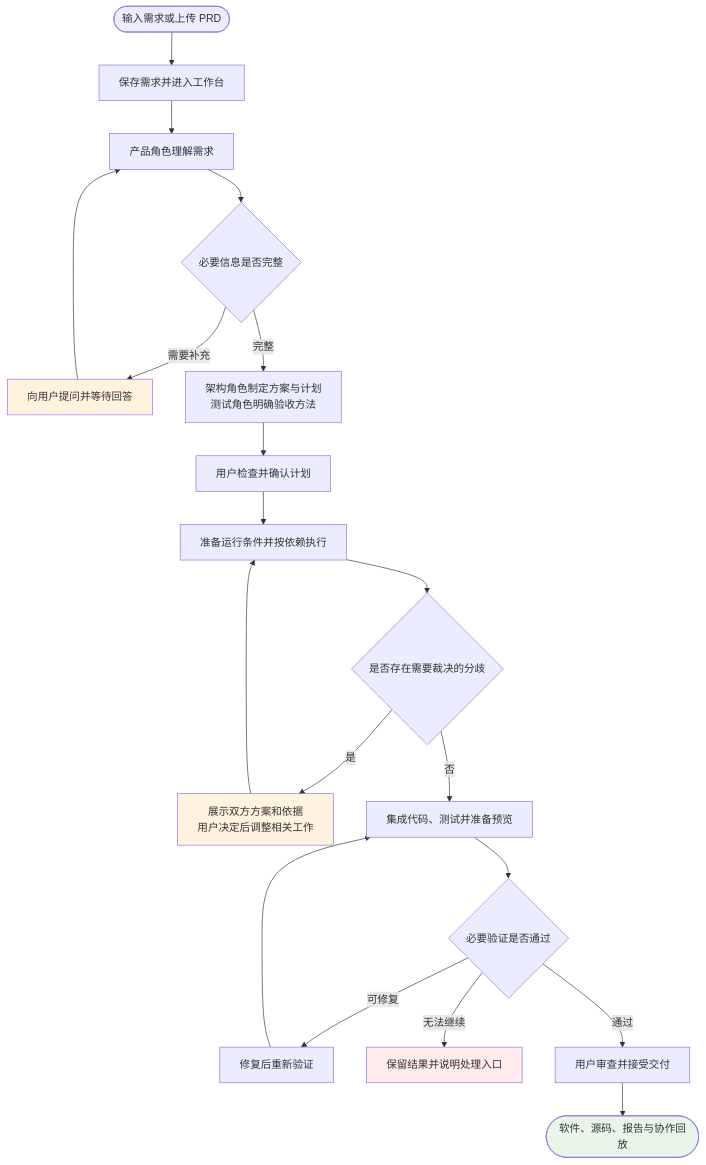
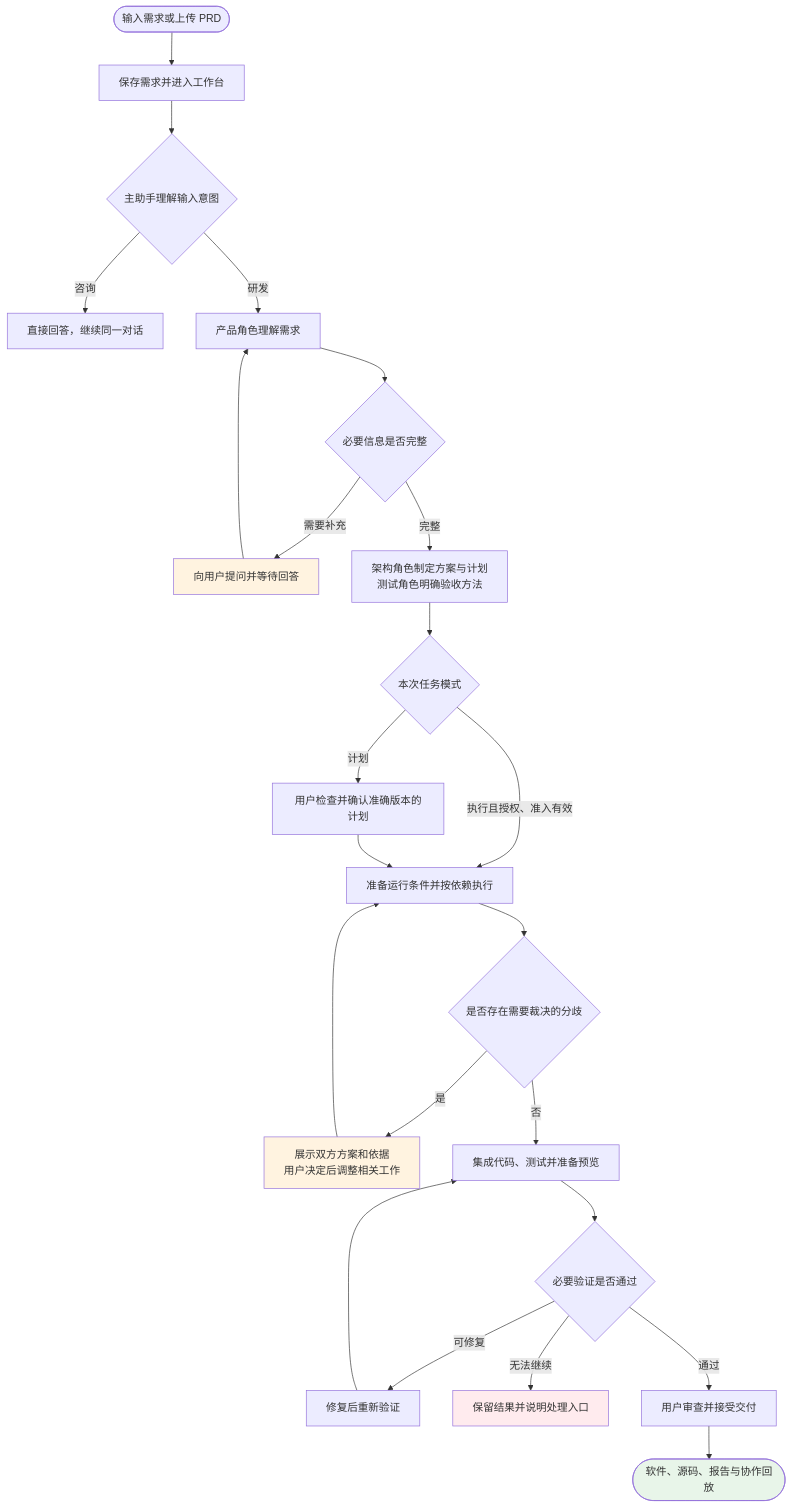
One commit to interesting2333/DevMesh changed the second of 5 diagrams in DevMesh_PRD_V10.0.md. Above: the diagram before and after it, drawn with Mermaid. The commit also changed other lines of this file and 174 other files, not shown here.

````diff
--- a/DevMesh_PRD_V10.0.md
+++ b/DevMesh_PRD_V10.0.md
@@ -178,25 +178,29 @@
 ```mermaid
 flowchart TD
   A(["输入需求或上传 PRD"]) --> B["保存需求并进入工作台"]
-  B --> C["产品角色理解需求"]
+  B --> B1{"主助手理解输入意图"}
+  B1 -->|咨询| B2["直接回答，继续同一对话"]
+  B1 -->|研发| C["产品角色理解需求"]
   C --> D{"必要信息是否完整"}
   D -->|需要补充| E["向用户提问并等待回答"]
   E --> C
   D -->|完整| F["架构角色制定方案与计划<br/>测试角色明确验收方法"]
-  F --> G["用户检查并确认计划"]
+  F --> F1{"本次任务模式"}
+  F1 -->|计划| G["用户检查并确认准确版本的计划"]
+  F1 -->|执行且授权、准入有效| H
   G --> H["准备运行条件并按依赖执行"]
   H --> I{"是否存在需要裁决的分歧"}
   I -->|是| J["展示双方方案和依据<br/>用户决定后调整相关工作"]
   J --> H
   I -->|否| K["集成代码、测试并准备预览"]
   K --> L{"必要验证是否通过"}
   L -->|可修复| M["修复后重新验证"]
   M --> K
   L -->|无法继续| N["保留结果并说明处理入口"]
   L -->|通过| O["用户审查并接受交付"]
   O --> P(["软件、源码、报告与协作回放"])
   style E fill:#FFF3E0
   style J fill:#FFF3E0
   style N fill:#FFEBEE
   style P fill:#E8F5E9
 ```
````
